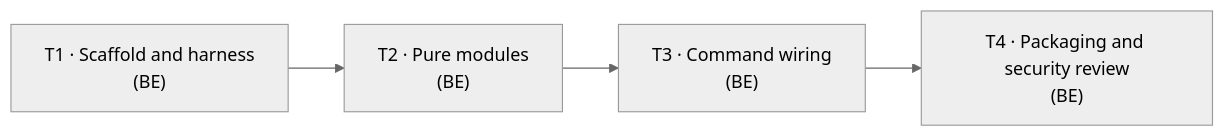
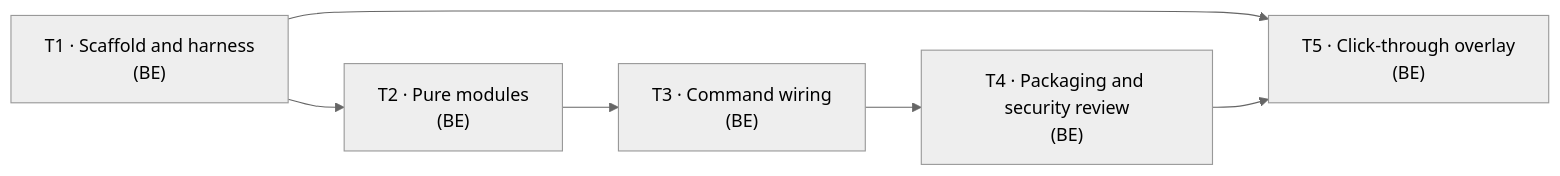
The eighth of 8 diagrams in plugins/edf/docs/design/v1/lld-v1-e1-2-review-feedback.md (mironyx/engineering-delivery-framework), drawn with Mermaid (neutral theme) before and after one commit. The commit also changed other lines of this file, not shown here.

````diff
--- a/plugins/edf/docs/design/v1/lld-v1-e1-2-review-feedback.md
+++ b/plugins/edf/docs/design/v1/lld-v1-e1-2-review-feedback.md
@@ -953,6 +1207,8 @@
 ```mermaid
 graph LR
   T1["T1 · Scaffold and harness<br/>(BE)"] --> T2["T2 · Pure modules<br/>(BE)"]
   T2 --> T3["T3 · Command wiring<br/>(BE)"]
   T3 --> T4["T4 · Packaging and security review<br/>(BE)"]
+  T1 --> T5["T5 · Click-through overlay<br/>(BE)"]
+  T4 --> T5
 ```
````
